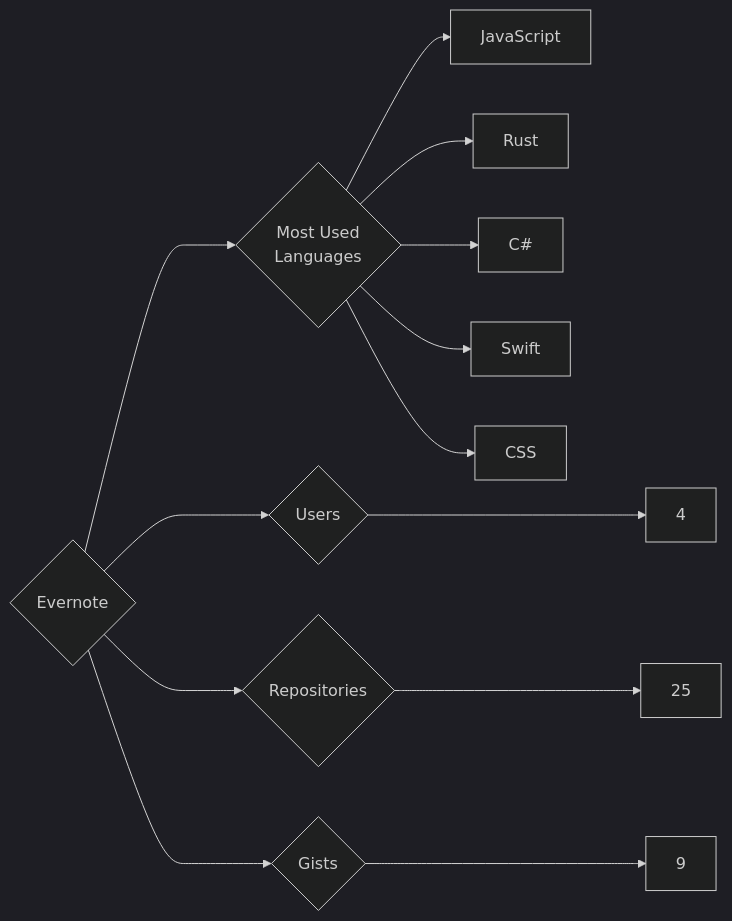
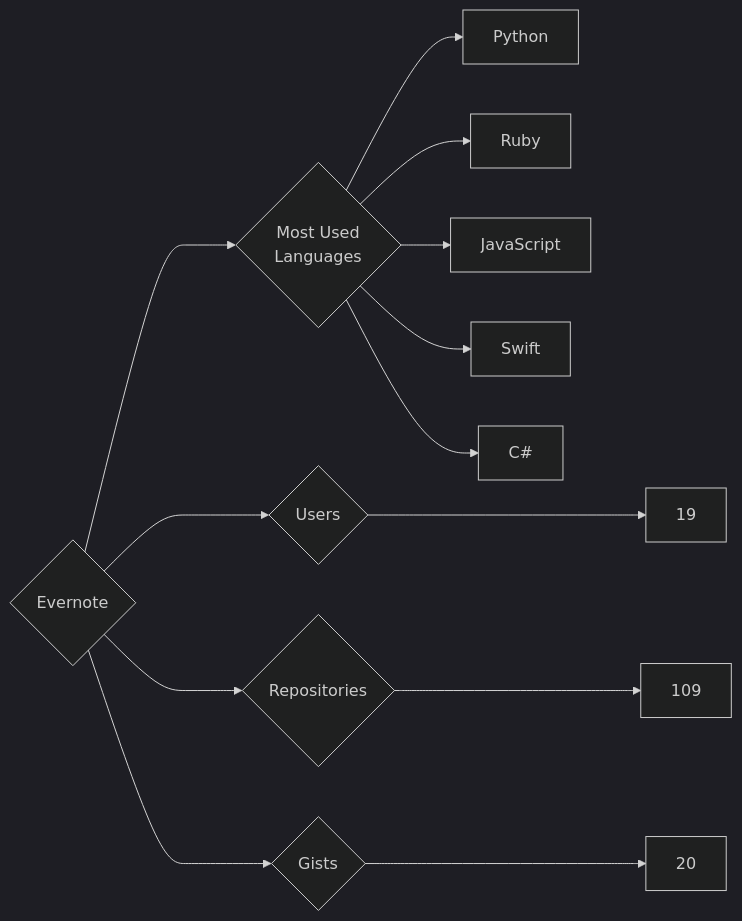
Before and after one commit to trickest/insiders: the diagram in targets/Evernote/README.md, drawn with Mermaid (dark theme). The commit also changed 786 other files, not shown here.

````diff
--- a/targets/Evernote/README.md
+++ b/targets/Evernote/README.md
@@ -3,13 +3,13 @@
 ```mermaid
 graph LR
 COMPANY_NAME{Evernote}
-COMPANY_NAME ---> U{Users} ---> UN[4]
-COMPANY_NAME ---> R{Repositories} ---> RN[25]
-COMPANY_NAME ---> G{Gists} ---> GN[9]
+COMPANY_NAME ---> U{Users} ---> UN[19]
+COMPANY_NAME ---> R{Repositories} ---> RN[109]
+COMPANY_NAME ---> G{Gists} ---> GN[20]
 COMPANY_NAME ---> ML{Most Used<br>Languages}
+ML --> Python[Python]
+ML --> Ruby[Ruby]
 ML --> JavaScript[JavaScript]
-ML --> Rust[Rust]
+ML --> Swift[Swift]
 ML --> C#[C#]
-ML --> Swift[Swift]
-ML --> CSS[CSS]
 ```
````
